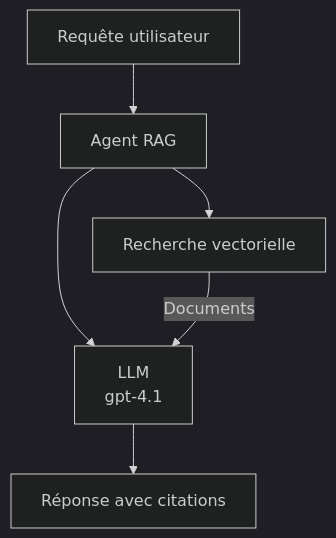
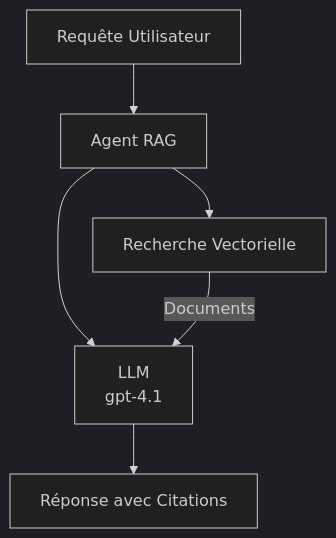
One commit to microsoft/AZD-for-beginners changed the second of 3 diagrams in translations/fr/docs/chapter-02-ai-development/agents.md. Above: the diagram before and after it, drawn with Mermaid (dark theme). The commit also changed other lines of this file and 99 other files, not shown here.

````diff
--- a/translations/fr/docs/chapter-02-ai-development/agents.md
+++ b/translations/fr/docs/chapter-02-ai-development/agents.md
@@ -170,8 +175,8 @@
 ```mermaid
 graph TD
-    Query[Requête utilisateur] --> RAG[Agent RAG]
-    RAG --> Vector[Recherche vectorielle]
+    Query[Requête Utilisateur] --> RAG[Agent RAG]
+    RAG --> Vector[Recherche Vectorielle]
     RAG --> LLM[LLM<br/>gpt-4.1]
     Vector -- Documents --> LLM
-    LLM --> Response[Réponse avec citations]
+    LLM --> Response[Réponse avec Citations]
 ```
````
